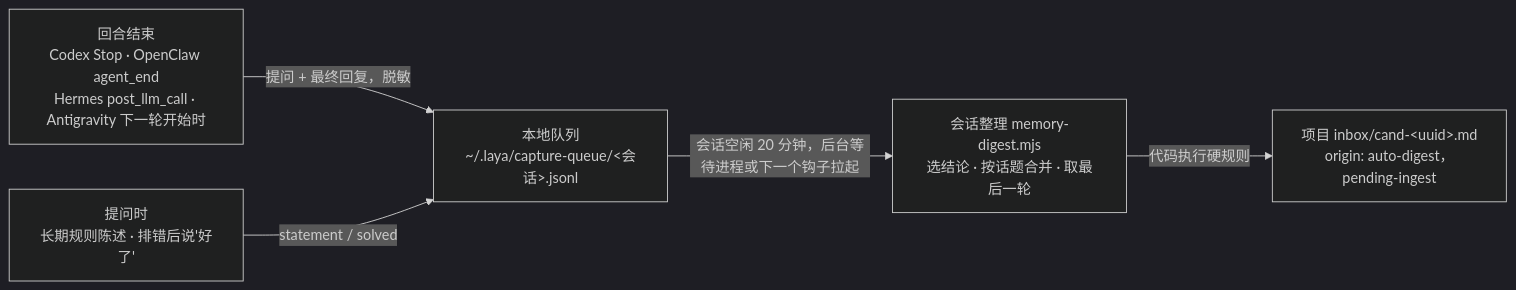
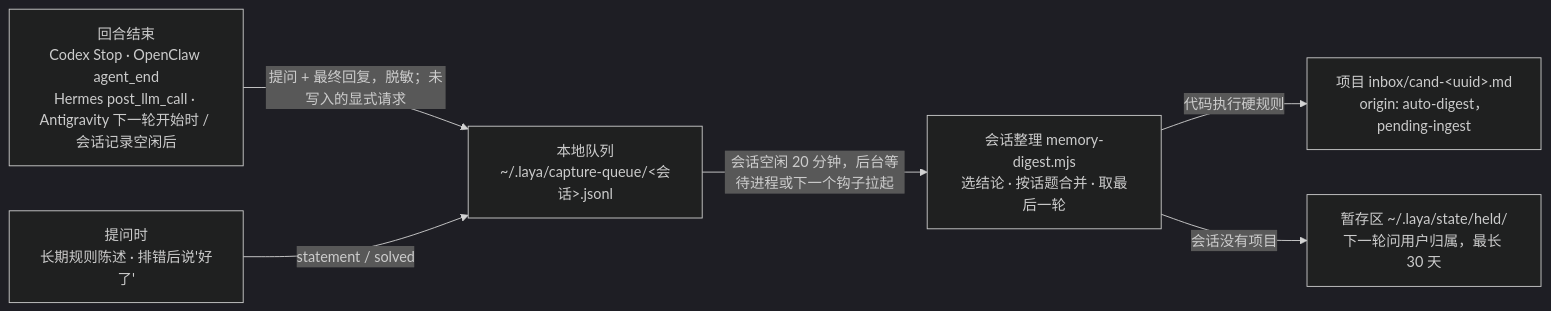
The second of 2 diagrams in ARCHITECTURE.md (annual30k/obsidian-memory-plugin), drawn with Mermaid (dark theme) before and after one commit. The commit also changed other lines of this file and 24 other files, not shown here.

First line of the commit message:
fix: 补齐已知缺口——领取式队列、显式记住兜底、无项目暂存、Antigravity 末轮补记、Laya 保温与统一配置

````diff
--- a/ARCHITECTURE.md
+++ b/ARCHITECTURE.md
@@ -42,7 +42,8 @@
 ```mermaid
 flowchart LR
-  T["回合结束<br/>Codex Stop · OpenClaw agent_end<br/>Hermes post_llm_call · Antigravity 下一轮开始时"] -->|提问 + 最终回复，脱敏| Q["本地队列<br/>~/.laya/capture-queue/&lt;会话&gt;.jsonl"]
+  T["回合结束<br/>Codex Stop · OpenClaw agent_end<br/>Hermes post_llm_call · Antigravity 下一轮开始时 / 会话记录空闲后"] -->|提问 + 最终回复，脱敏；未写入的显式请求| Q["本地队列<br/>~/.laya/capture-queue/&lt;会话&gt;.jsonl"]
   P["提问时<br/>长期规则陈述 · 排错后说'好了'"] -->|statement / solved| Q
   Q -->|会话空闲 20 分钟，后台等待进程或下一个钩子拉起| D["会话整理 memory-digest.mjs<br/>选结论 · 按话题合并 · 取最后一轮"]
   D -->|代码执行硬规则| I["项目 inbox/cand-&lt;uuid&gt;.md<br/>origin: auto-digest，pending-ingest"]
+  D -->|会话没有项目| H["暂存区 ~/.laya/state/held/<br/>下一轮问用户归属，最长 30 天"]
 ```
````
